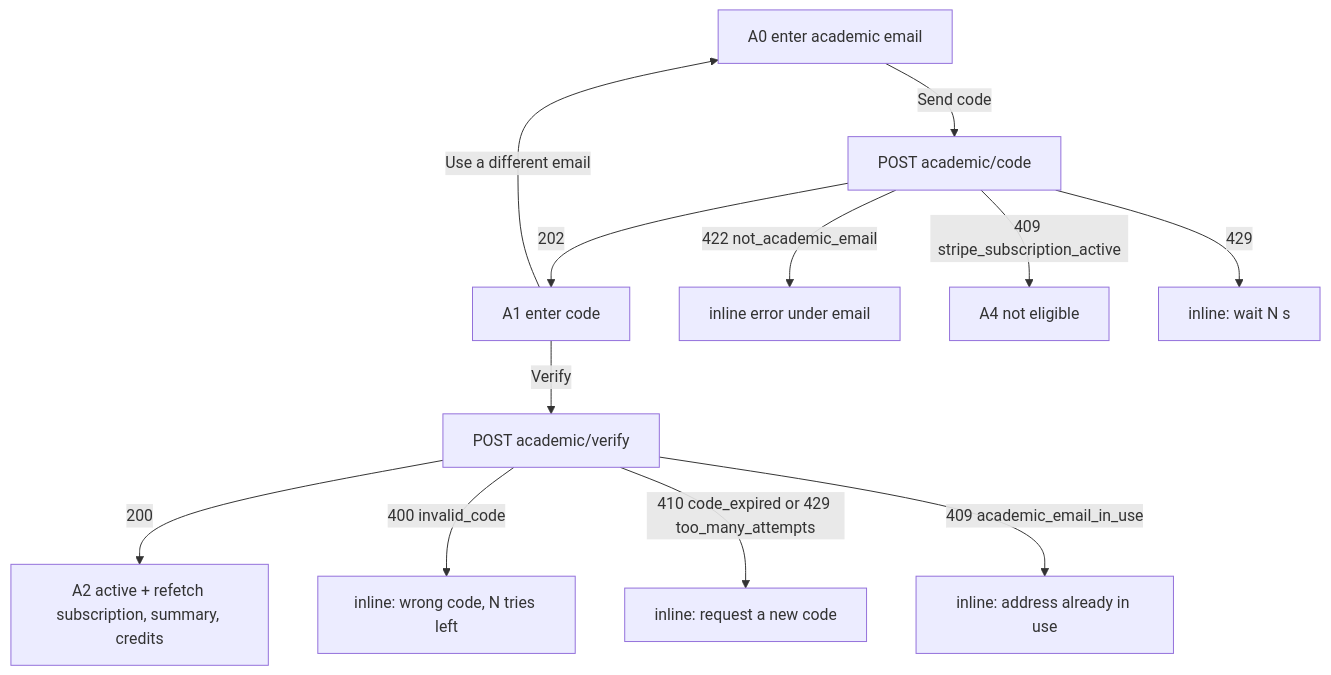
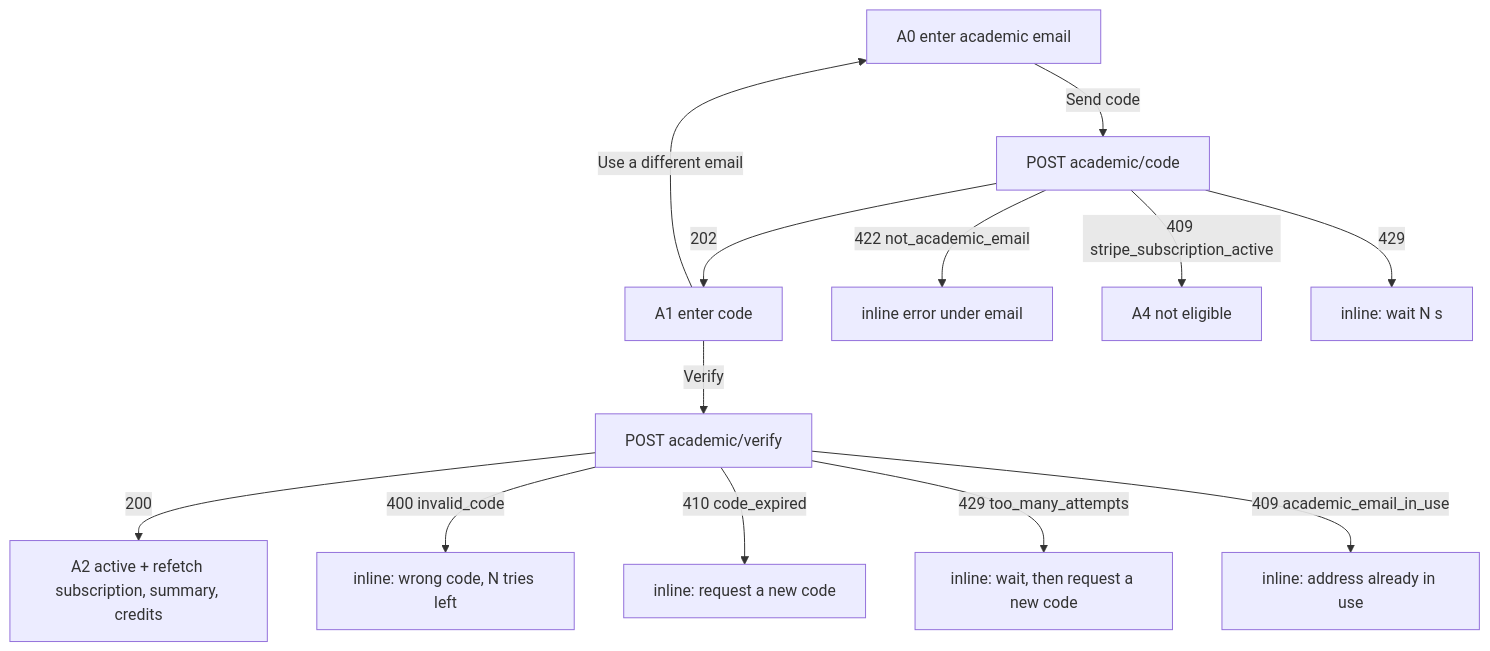
One commit to mehdihdev/Solus changed the second of 2 diagrams in docs/wireflows/billing.md. Above: the diagram before and after it, drawn with Mermaid. The commit also changed other lines of this file and 13 other files, not shown here.

````diff
--- a/docs/wireflows/billing.md
+++ b/docs/wireflows/billing.md
@@ -316,14 +316,15 @@
 ```mermaid
 flowchart TD
   a0["A0 enter academic email"] -->|Send code| send["POST academic/code"]
   send -->|202| a1["A1 enter code"]
   send -->|422 not_academic_email| a0e["inline error under email"]
   send -->|409 stripe_subscription_active| a4["A4 not eligible"]
   send -->|429| cool["inline: wait N s"]
   a1 -->|Verify| ver["POST academic/verify"]
   ver -->|200| a2["A2 active + refetch subscription, summary, credits"]
   ver -->|400 invalid_code| a1e["inline: wrong code, N tries left"]
-  ver -->|410 code_expired or 429 too_many_attempts| a1x["inline: request a new code"]
+  ver -->|410 code_expired| a1x["inline: request a new code"]
+  ver -->|429 too_many_attempts| a1w["inline: wait, then request a new code"]
   ver -->|409 academic_email_in_use| a0u["inline: address already in use"]
   a1 -->|Use a different email| a0
 ```
````
